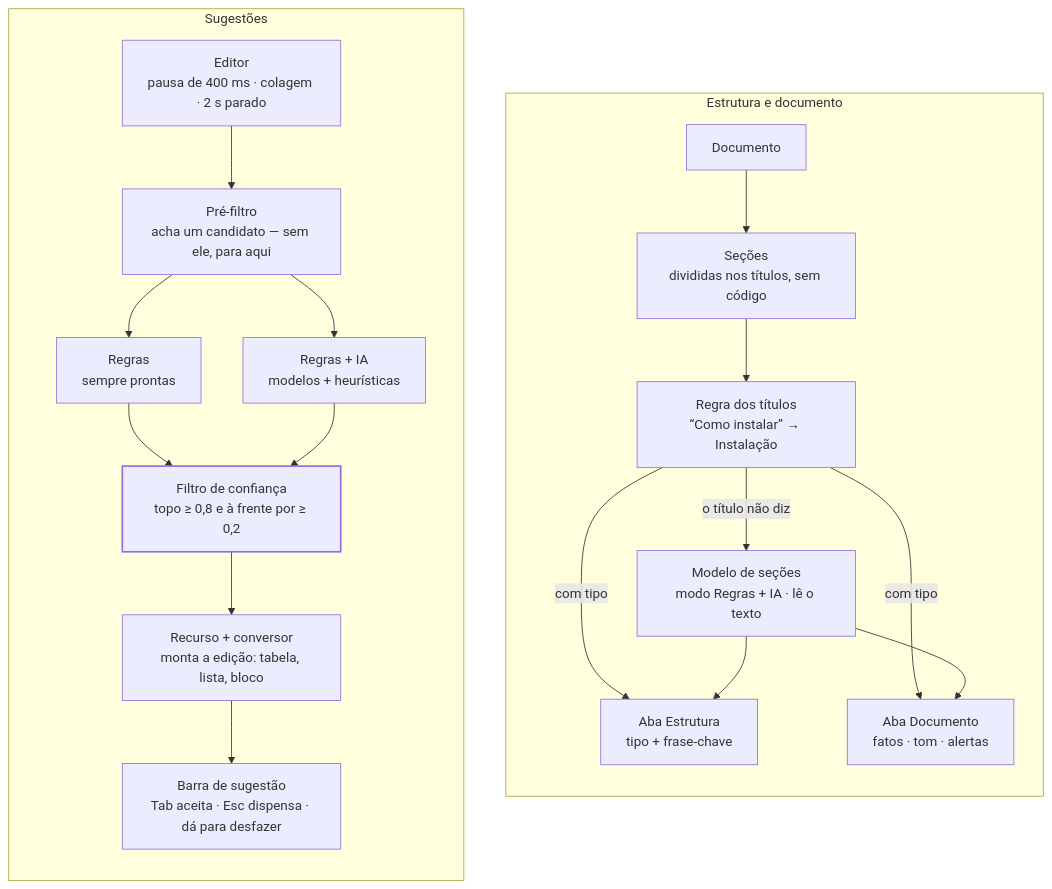
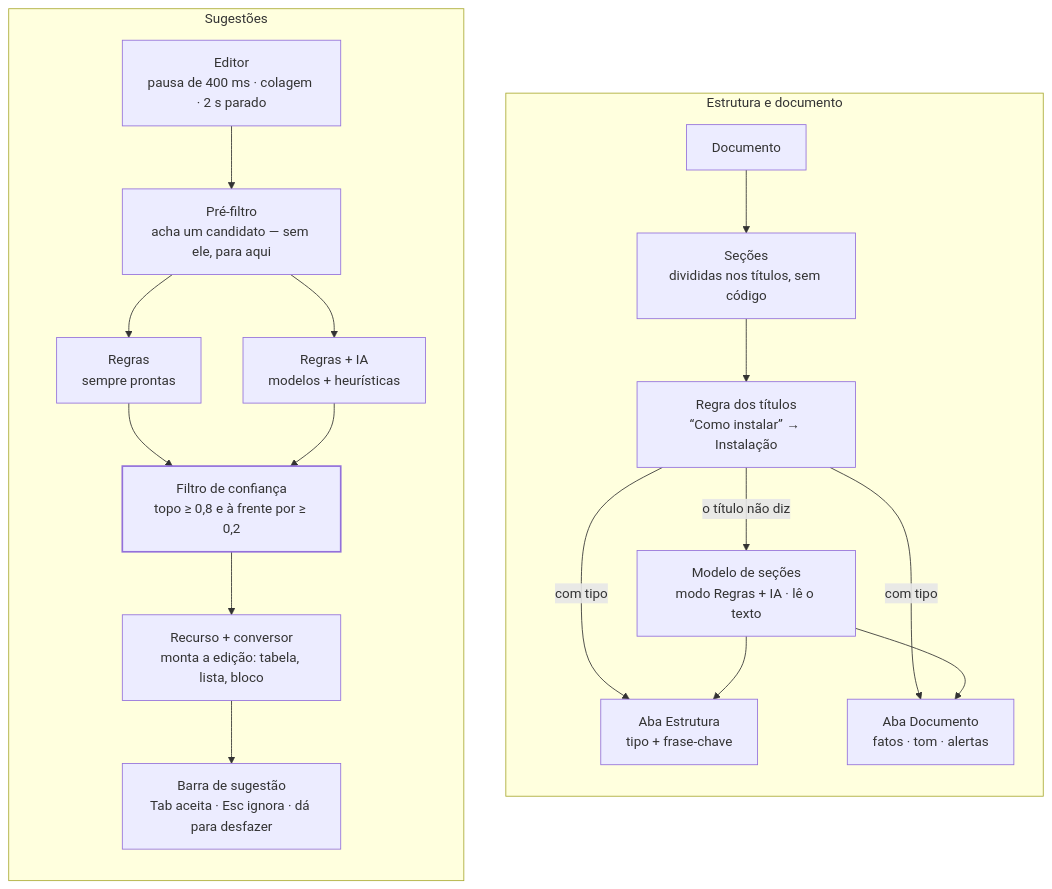
Before and after one commit to PabloFLPs/Marksage: the diagram in docs/SMART-ASSIST.pt-BR.md, drawn with Mermaid. The commit also changed other lines of this file and 13 other files, not shown here.

````diff
--- a/docs/SMART-ASSIST.pt-BR.md
+++ b/docs/SMART-ASSIST.pt-BR.md
@@ -121,26 +121,26 @@
 ```mermaid
 flowchart LR
   subgraph S ["Sugestões"]
     direction TB
     E["Editor<br/>pausa de 400 ms · colagem · 2 s parado"] --> P["Pré-filtro<br/>acha um candidato — sem ele, para aqui"]
     P --> H["Regras<br/>sempre prontas"]
     P --> M["Regras + IA<br/>modelos + heurísticas"]
     H --> G["Filtro de confiança<br/>topo ≥ 0,8 e à frente por ≥ 0,2"]
     M --> G
     G --> F["Recurso + conversor<br/>monta a edição: tabela, lista, bloco"]
-    F --> B["Barra de sugestão<br/>Tab aceita · Esc dispensa · dá para desfazer"]
+    F --> B["Barra de sugestão<br/>Tab aceita · Esc ignora · dá para desfazer"]
   end
   subgraph O ["Estrutura e documento"]
     direction TB
     D["Documento"] --> X["Seções<br/>divididas nos títulos, sem código"]
     X --> R["Regra dos títulos<br/>“Como instalar” → Instalação"]
     R -- "o título não diz" --> SM["Modelo de seções<br/>modo Regras + IA · lê o texto"]
     R -- "com tipo" --> T1["Aba Estrutura<br/>tipo + frase-chave"]
     R -- "com tipo" --> T2["Aba Documento<br/>fatos · tom · alertas"]
     SM --> T1
     SM --> T2
   end
   S ~~~ O
   classDef gate stroke-width:2px
   class G gate
 ```
````
